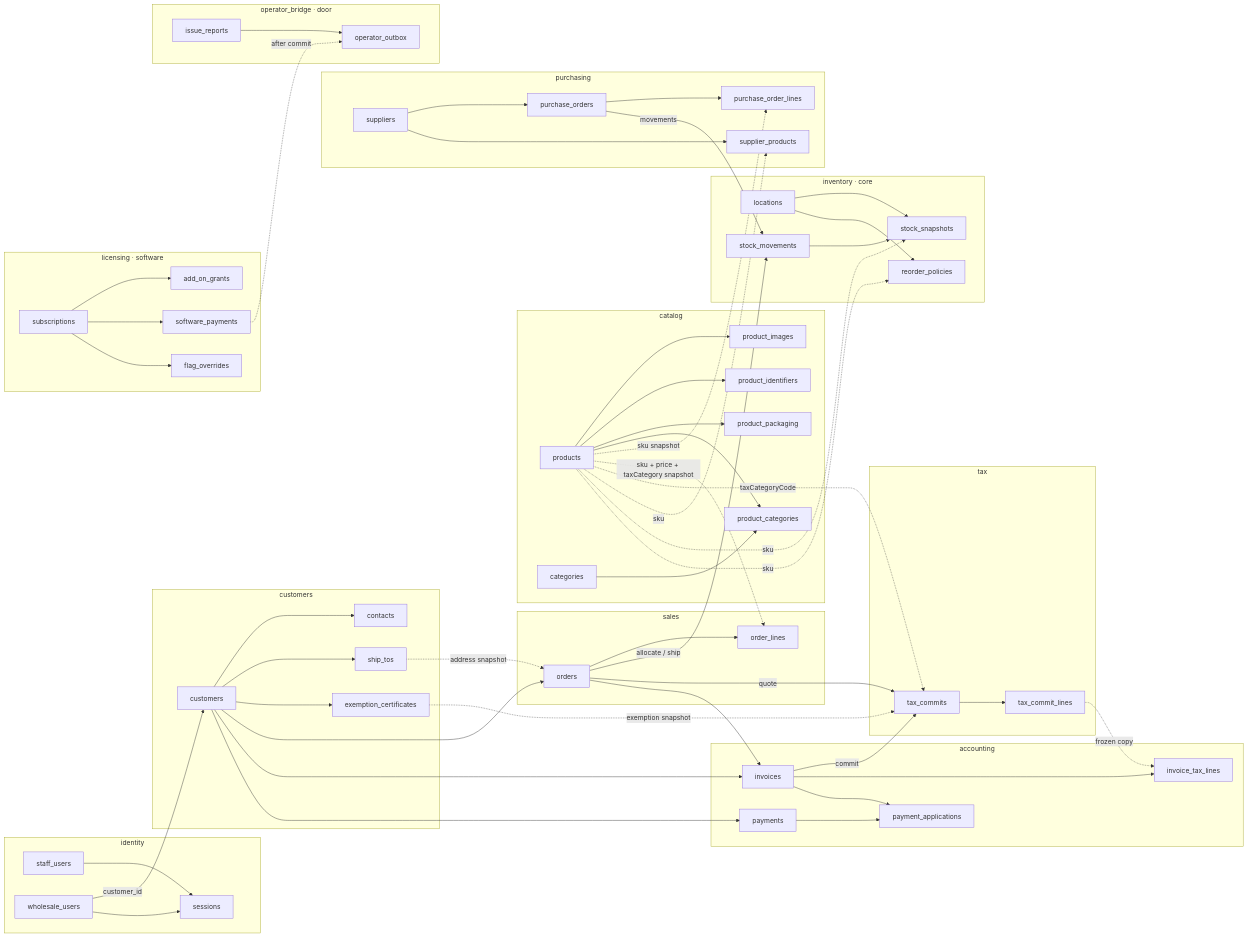
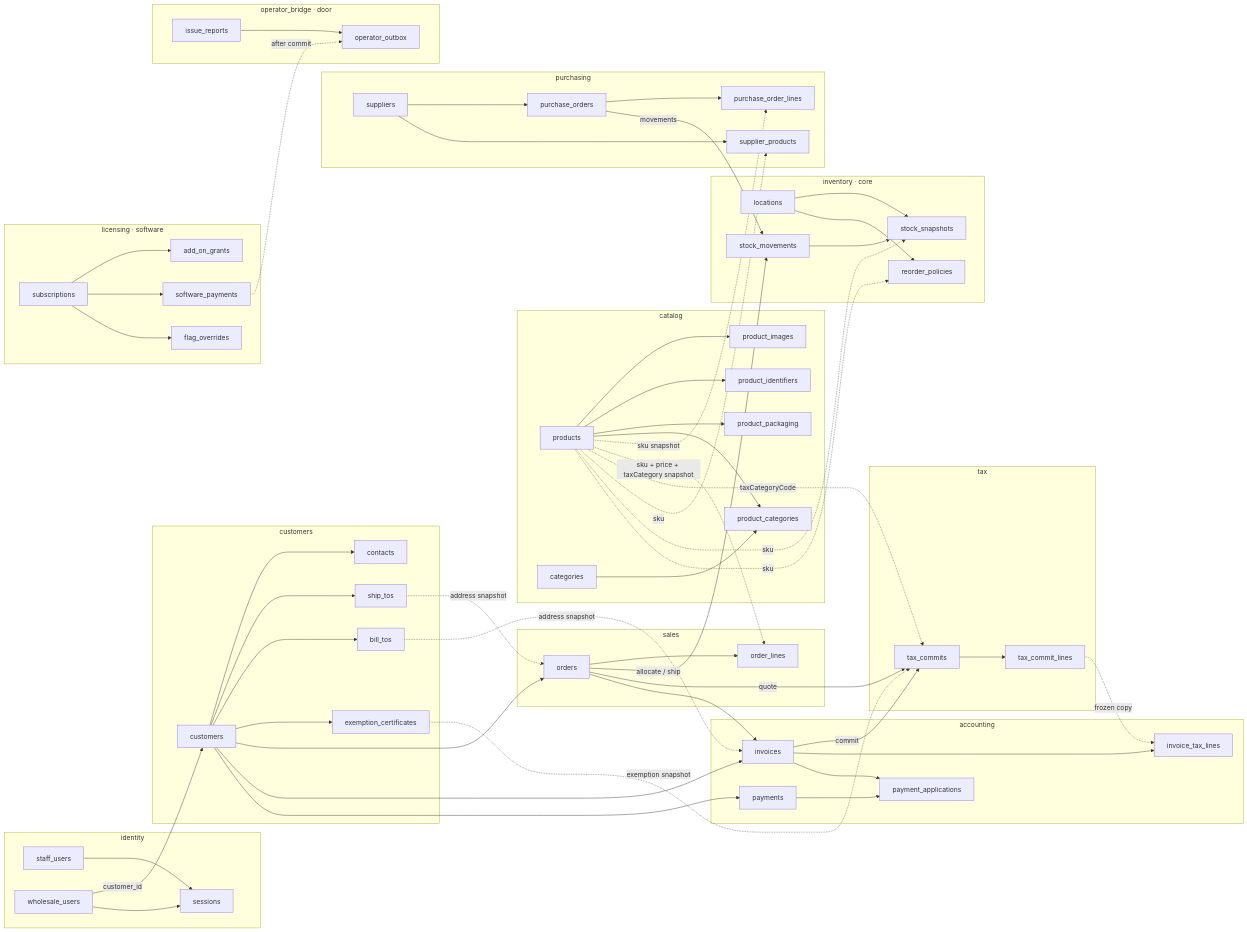
Before and after one commit to adamhinckley/dc-inventory: the first of 4 diagrams in docs/database-design.md, drawn with Mermaid. The commit also changed other lines of this file and 4 other files, not shown here.

```diff
--- a/docs/database-design.md
+++ b/docs/database-design.md
@@ -34,6 +34,7 @@
     customers_t["customers"]
     contacts
     ship_tos["ship_tos"]
+    bill_tos["bill_tos"]
     exemption_certificates
   end
 
@@ -106,9 +107,11 @@
 
   customers_t --> contacts
   customers_t --> ship_tos
+  customers_t --> bill_tos
   customers_t --> exemption_certificates
   customers_t --> orders
   ship_tos -.->|address snapshot| orders
+  bill_tos -.->|address snapshot| invoices
   exemption_certificates -.->|exemption snapshot| tax_commits
   orders --> order_lines
   orders -->|allocate / ship| stock_movements
```
